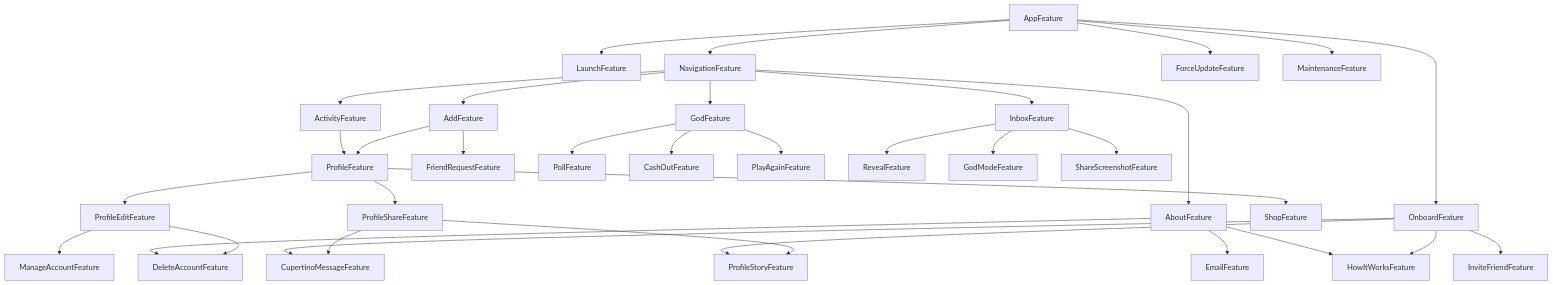
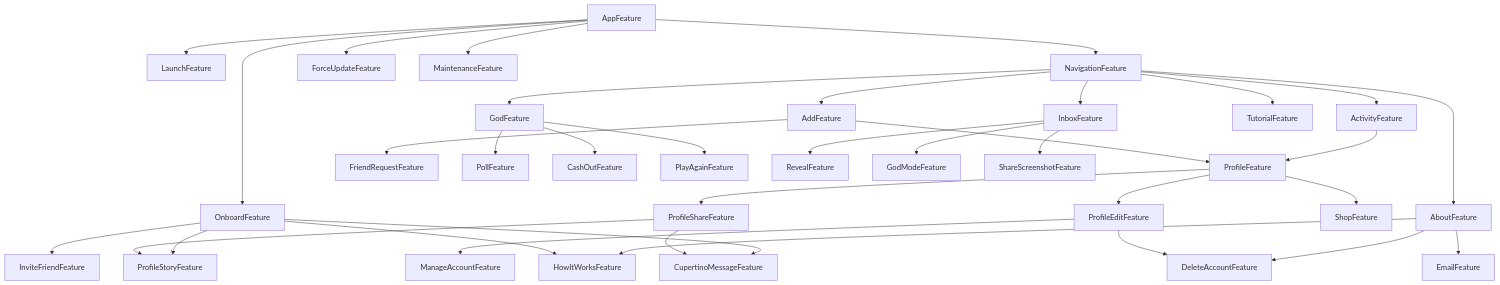
The diagram in Packages/GodPackage/README.md (0x1-company/god-ios), drawn with Mermaid before and after one commit. The commit also changed 1 other file, not shown here.

Commit message:
chore: 🤖 dgraph

````diff
--- a/Packages/GodPackage/README.md
+++ b/Packages/GodPackage/README.md
@@ -6,36 +6,37 @@
 ```mermaid
 graph TD;
     AboutFeature-->EmailFeature;
     AboutFeature-->HowItWorksFeature;
     AboutFeature-->DeleteAccountFeature;
     ActivityFeature-->ProfileFeature;
     AddFeature-->ProfileFeature;
     AddFeature-->FriendRequestFeature;
     AppFeature-->LaunchFeature;
     AppFeature-->OnboardFeature;
     AppFeature-->NavigationFeature;
     AppFeature-->ForceUpdateFeature;
     AppFeature-->MaintenanceFeature;
     GodFeature-->PollFeature;
     GodFeature-->CashOutFeature;
     GodFeature-->PlayAgainFeature;
     InboxFeature-->RevealFeature;
     InboxFeature-->GodModeFeature;
     InboxFeature-->ShareScreenshotFeature;
-    NavigationFeature-->AboutFeature;
-    NavigationFeature-->ActivityFeature;
     NavigationFeature-->AddFeature;
     NavigationFeature-->GodFeature;
     NavigationFeature-->InboxFeature;
+    NavigationFeature-->AboutFeature;
+    NavigationFeature-->ActivityFeature;
+    NavigationFeature-->TutorialFeature;
     OnboardFeature-->HowItWorksFeature;
     OnboardFeature-->ProfileStoryFeature;
     OnboardFeature-->InviteFriendFeature;
     OnboardFeature-->CupertinoMessageFeature;
     ProfileEditFeature-->ManageAccountFeature;
     ProfileEditFeature-->DeleteAccountFeature;
     ProfileFeature-->ShopFeature;
     ProfileFeature-->ProfileEditFeature;
     ProfileFeature-->ProfileShareFeature;
     ProfileShareFeature-->ProfileStoryFeature;
     ProfileShareFeature-->CupertinoMessageFeature;
 ```
````
